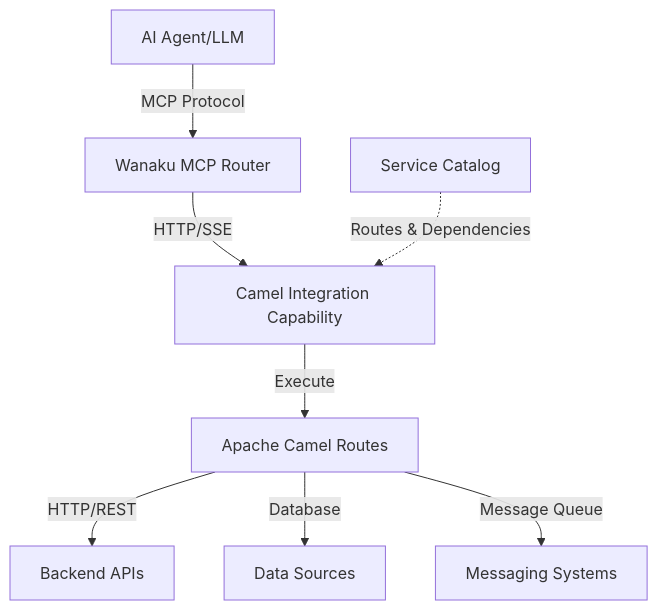
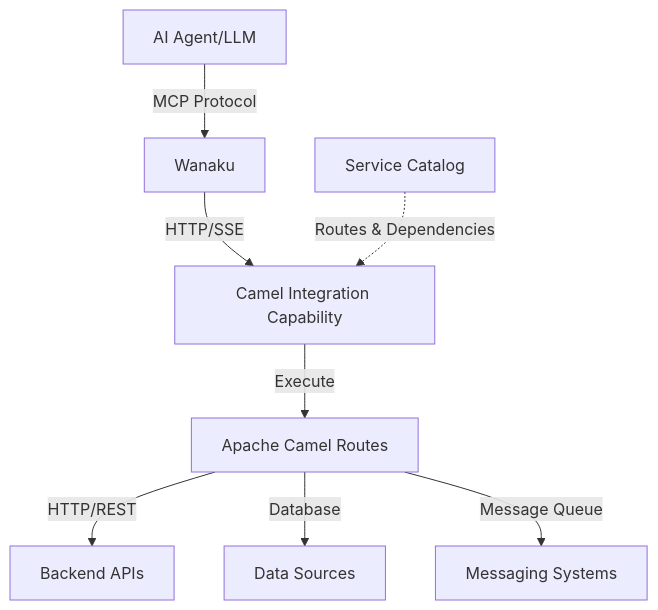
Before and after one commit to wanaku-ai/camel-integration-capability: the diagram in README.md, drawn with Mermaid. The commit also changed other lines of this file and 10 other files, not shown here.

````diff
--- a/README.md
+++ b/README.md
@@ -32,11 +32,11 @@
 ```mermaid
 graph TB
-    A[AI Agent/LLM] -->|MCP Protocol| B[Wanaku MCP Router]
+    A[AI Agent/LLM] -->|MCP Protocol| B[Wanaku]
     B -->|HTTP/SSE| C[Camel Integration Capability]
     C -->|Execute| E[Apache Camel Routes]
     E -->|HTTP/REST| F[Backend APIs]
     E -->|Database| G[Data Sources]
     E -->|Message Queue| H[Messaging Systems]
 
     I[Service Catalog] -.->|Routes & Dependencies| C
 ```
````
